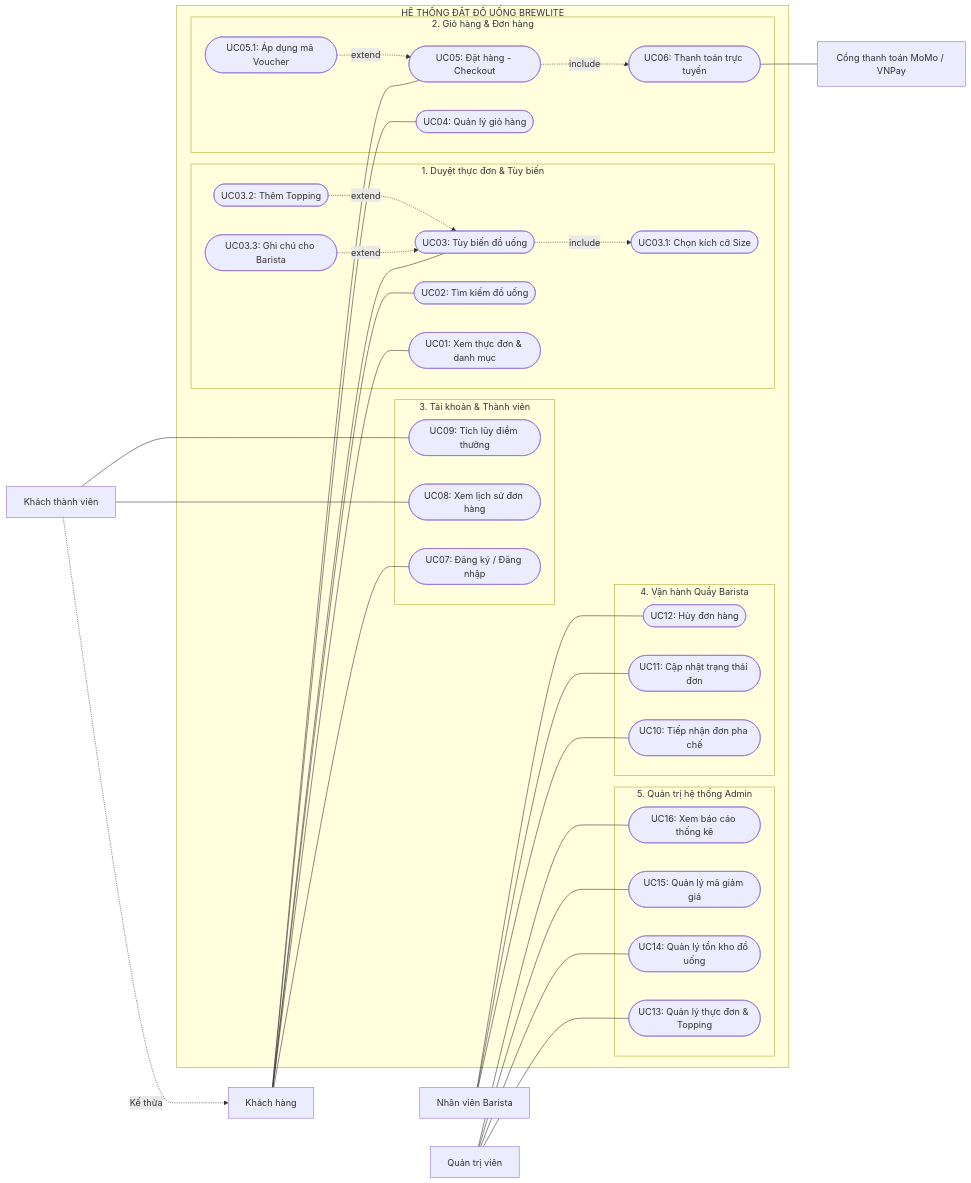
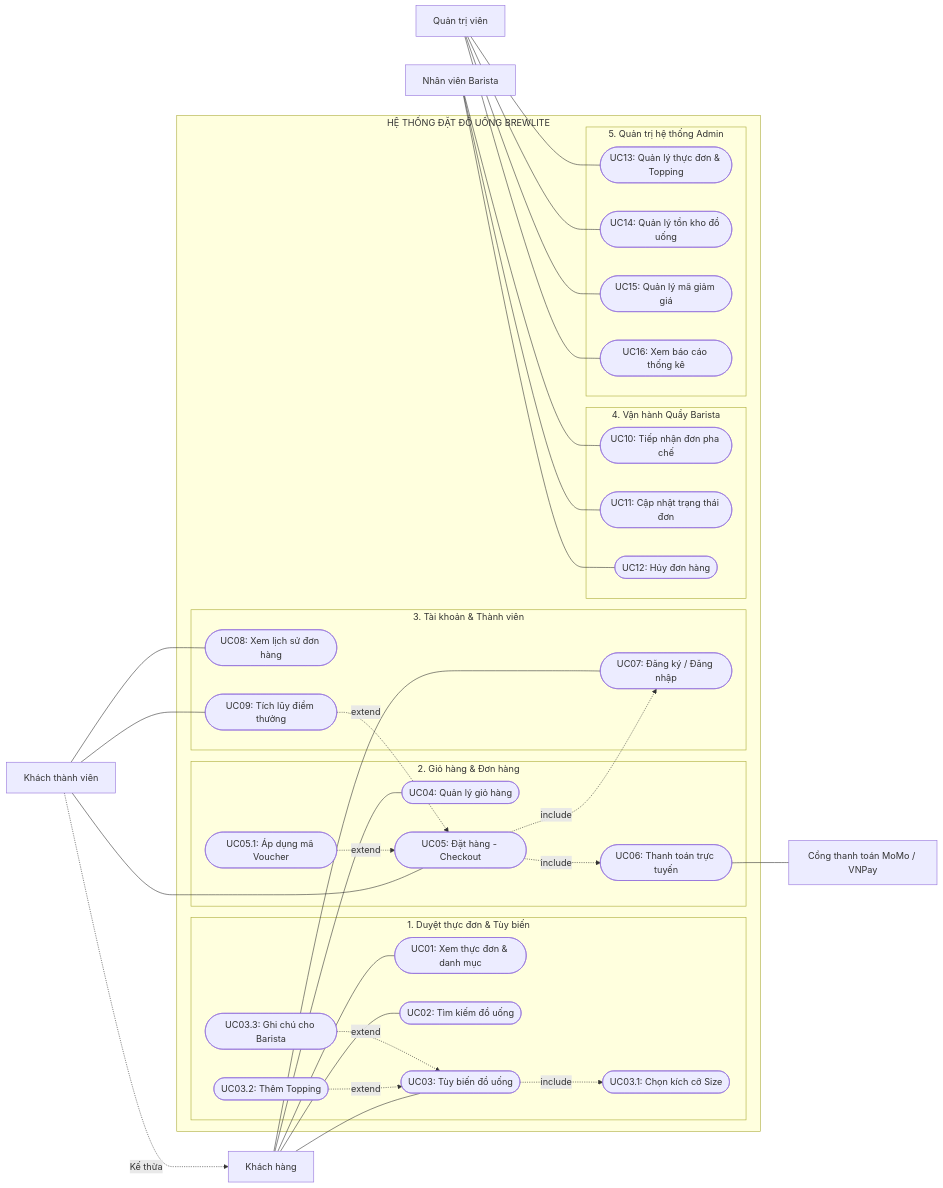
The diagram in docs/diagrams/use-case/use-case-system.mmd (nphat-code/swe-project), drawn with Mermaid before and after one commit. The commit also changed 5 other files, not shown here.

Commit message:
feat(checkout): mandate member authentication for checkout flow and align all diagrams with assignment requirements

```diff
--- a/docs/diagrams/use-case/use-case-system.mmd
+++ b/docs/diagrams/use-case/use-case-system.mmd
@@ -1,72 +1,74 @@
 flowchart LR
     Customer[Khách hàng]
     Member[Khách thành viên]
     Barista[Nhân viên Barista]
     Admin[Quản trị viên]
     PaymentGW[Cổng thanh toán MoMo / VNPay]
 
     Member -.->|Kế thừa| Customer
 
     subgraph SystemBoundary [HỆ THỐNG ĐẶT ĐỒ UỐNG BREWLITE]
         subgraph P1 [1. Duyệt thực đơn & Tùy biến]
             UC01([UC01: Xem thực đơn & danh mục])
             UC02([UC02: Tìm kiếm đồ uống])
             UC03([UC03: Tùy biến đồ uống])
             UC03_1([UC03.1: Chọn kích cỡ Size])
             UC03_2([UC03.2: Thêm Topping])
             UC03_3([UC03.3: Ghi chú cho Barista])
         end
 
         subgraph P2 [2. Giỏ hàng & Đơn hàng]
             UC04([UC04: Quản lý giỏ hàng])
             UC05([UC05: Đặt hàng - Checkout])
             UC05_1([UC05.1: Áp dụng mã Voucher])
             UC06([UC06: Thanh toán trực tuyến])
         end
 
         subgraph P3 [3. Tài khoản & Thành viên]
             UC07([UC07: Đăng ký / Đăng nhập])
             UC08([UC08: Xem lịch sử đơn hàng])
             UC09([UC09: Tích lũy điểm thưởng])
         end
 
         subgraph P4 [4. Vận hành Quầy Barista]
             UC10([UC10: Tiếp nhận đơn pha chế])
             UC11([UC11: Cập nhật trạng thái đơn])
             UC12([UC12: Hủy đơn hàng])
         end
 
         subgraph P5 [5. Quản trị hệ thống Admin]
             UC13([UC13: Quản lý thực đơn & Topping])
             UC14([UC14: Quản lý tồn kho đồ uống])
             UC15([UC15: Quản lý mã giảm giá])
             UC16([UC16: Xem báo cáo thống kê])
         end
     end
 
     Customer --- UC01
     Customer --- UC02
     Customer --- UC03
     Customer --- UC04
-    Customer --- UC05
     Customer --- UC07
 
+    Member --- UC05
     Member --- UC08
     Member --- UC09
 
     UC03 -.->|include| UC03_1
     UC03_2 -.->|extend| UC03
     UC03_3 -.->|extend| UC03
 
+    UC05 -.->|include| UC07
     UC05 -.->|include| UC06
     UC05_1 -.->|extend| UC05
+    UC09 -.->|extend| UC05
     UC06 --- PaymentGW
 
     Barista --- UC10
     Barista --- UC11
     Barista --- UC12
 
     Admin --- UC13
     Admin --- UC14
     Admin --- UC15
     Admin --- UC16
```
